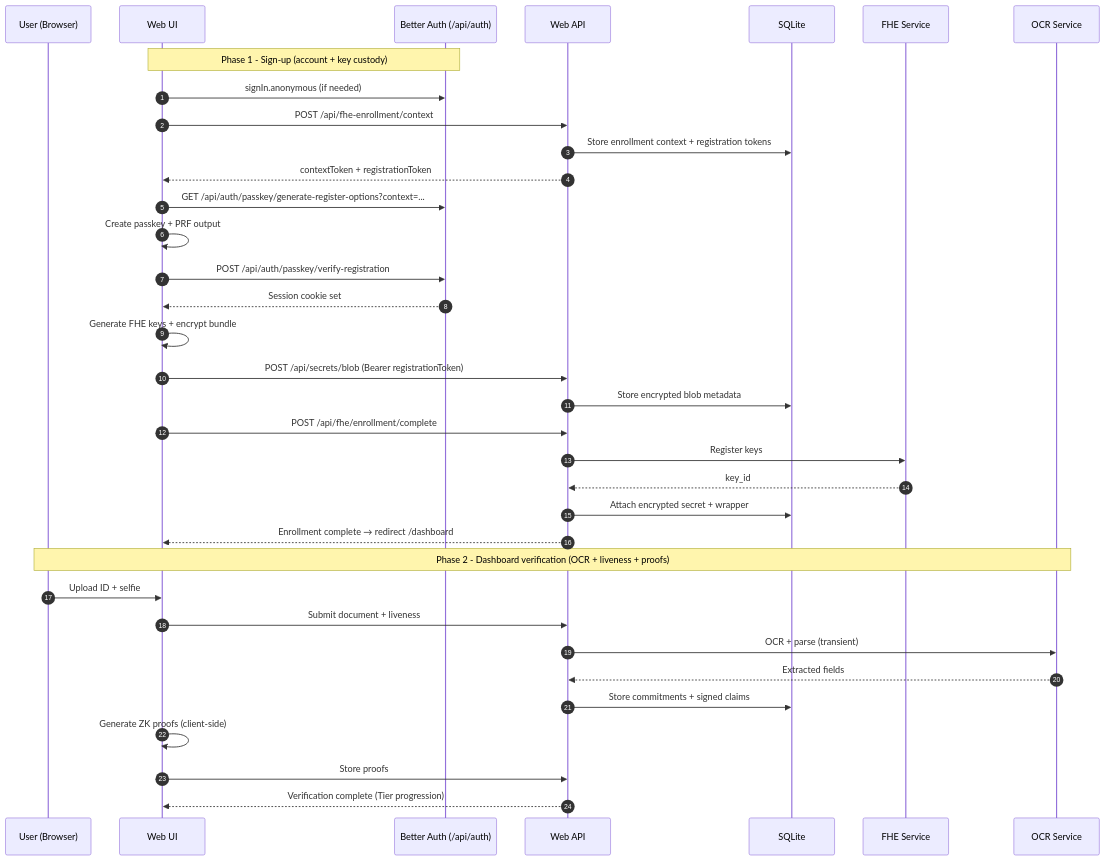
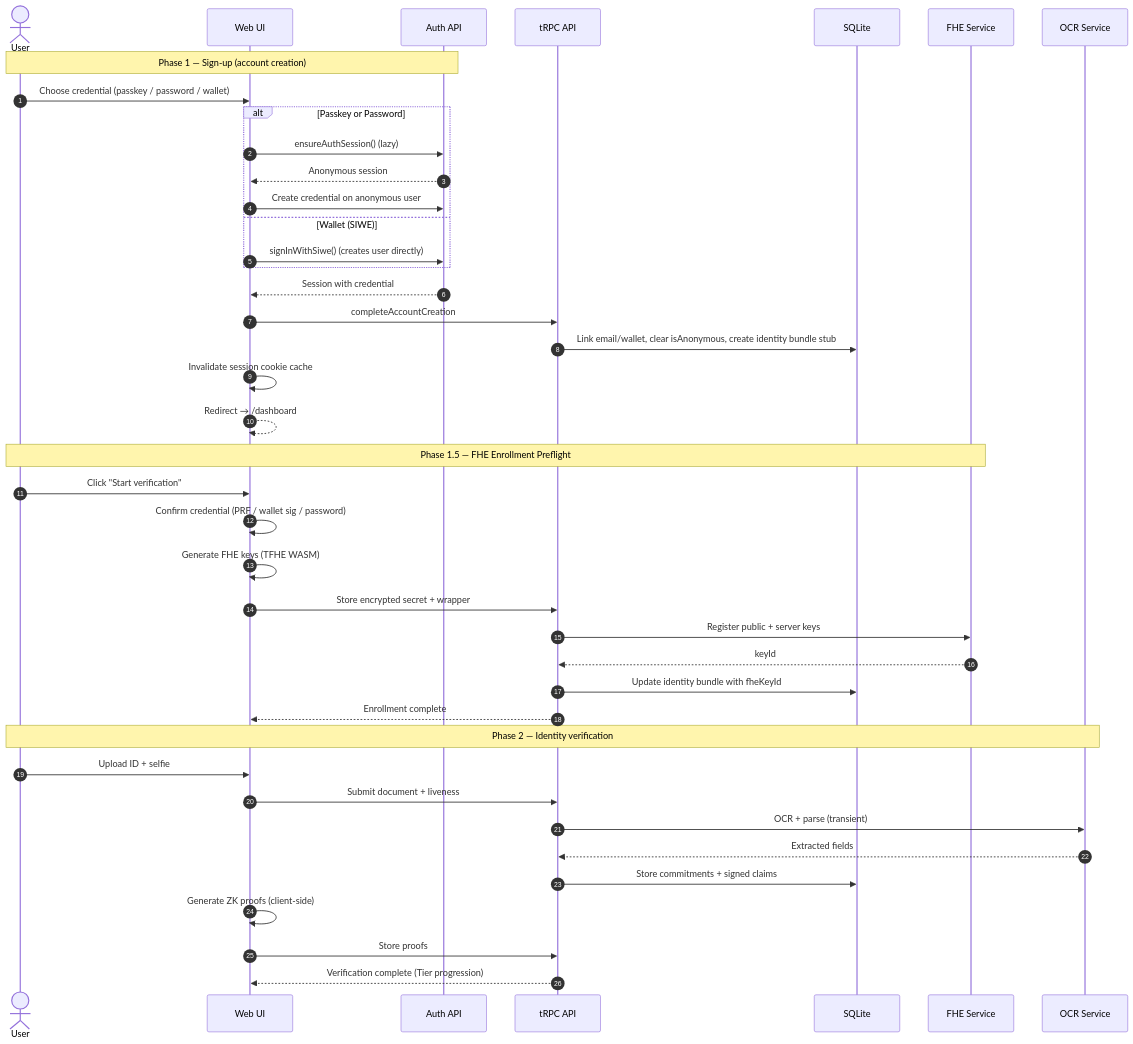
Before and after one commit to gustavovalverde/zentity: the second of 3 diagrams in docs/architecture.md, drawn with Mermaid. The commit also changed other lines of this file and 156 other files, not shown here.

First line of the commit message:
refactor(web): overhaul auth flows, OAuth consent, FHE lifecycle, and dependencies

````diff
--- a/docs/architecture.md
+++ b/docs/architecture.md
@@ -139,42 +137,46 @@
 ```mermaid
 sequenceDiagram
   autonumber
-  participant U as User (Browser)
+  actor User
   participant UI as Web UI
-  participant AUTH as Better Auth (/api/auth)
-  participant API as Web API
+  participant AUTH as Auth API
+  participant API as tRPC API
   participant DB as SQLite
   participant FHE as FHE Service
   participant OCR as OCR Service
 
-  Note over UI,AUTH: Phase 1 - Sign-up (account + key custody)
-  UI->>AUTH: signIn.anonymous (if needed)
-  UI->>API: POST /api/fhe-enrollment/context
-  API->>DB: Store enrollment context + registration tokens
-  API-->>UI: contextToken + registrationToken
+  Note over User,AUTH: Phase 1 — Sign-up (account creation)
+  User->>UI: Choose credential (passkey / password / wallet)
+  alt Passkey or Password
+    UI->>AUTH: ensureAuthSession() (lazy)
+    AUTH-->>UI: Anonymous session
+    UI->>AUTH: Create credential on anonymous user
+  else Wallet (SIWE)
+    UI->>AUTH: signInWithSiwe() (creates user directly)
+  end
+  AUTH-->>UI: Session with credential
+  UI->>API: completeAccountCreation
+  API->>DB: Link email/wallet, clear isAnonymous, create identity bundle stub
+  UI->>UI: Invalidate session cookie cache
+  UI-->>UI: Redirect → /dashboard
 
-  UI->>AUTH: GET /api/auth/passkey/generate-register-options?context=...
-  UI->>UI: Create passkey + PRF output
-  UI->>AUTH: POST /api/auth/passkey/verify-registration
-  AUTH-->>UI: Session cookie set
+  Note over User,FHE: Phase 1.5 — FHE Enrollment Preflight
+  User->>UI: Click "Start verification"
+  UI->>UI: Confirm credential (PRF / wallet sig / password)
+  UI->>UI: Generate FHE keys (TFHE WASM)
+  UI->>API: Store encrypted secret + wrapper
+  API->>FHE: Register public + server keys
+  FHE-->>API: keyId
+  API->>DB: Update identity bundle with fheKeyId
+  API-->>UI: Enrollment complete
 
-  UI->>UI: Generate FHE keys + encrypt bundle
-  UI->>API: POST /api/secrets/blob (Bearer registrationToken)
-  API->>DB: Store encrypted blob metadata
-
-  UI->>API: POST /api/fhe/enrollment/complete
-  API->>FHE: Register keys
-  FHE-->>API: key_id
-  API->>DB: Attach encrypted secret + wrapper
-  API-->>UI: Enrollment complete → redirect /dashboard
-
-  Note over U,OCR: Phase 2 - Dashboard verification (OCR + liveness + proofs)
-  U->>UI: Upload ID + selfie
+  Note over User,OCR: Phase 2 — Identity verification
+  User->>UI: Upload ID + selfie
   UI->>API: Submit document + liveness
   API->>OCR: OCR + parse (transient)
   OCR-->>API: Extracted fields
   API->>DB: Store commitments + signed claims
   UI->>UI: Generate ZK proofs (client-side)
   UI->>API: Store proofs
   API-->>UI: Verification complete (Tier progression)
 ```
````
